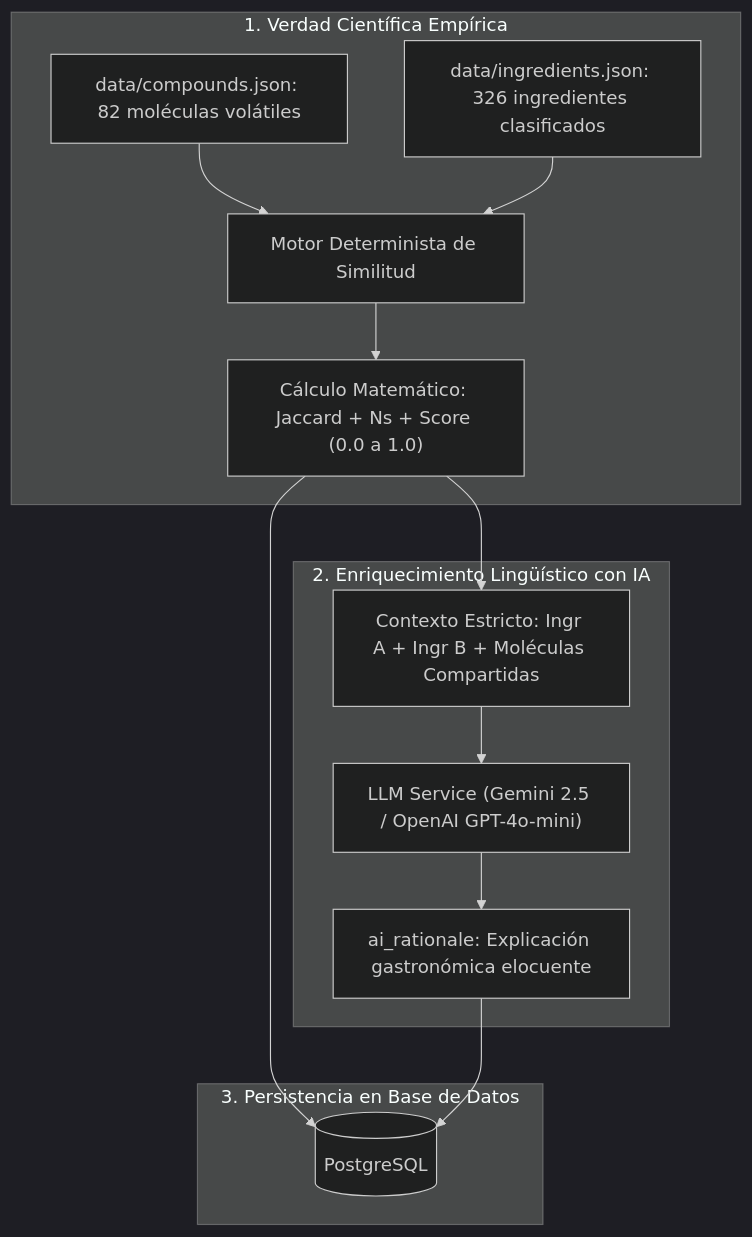
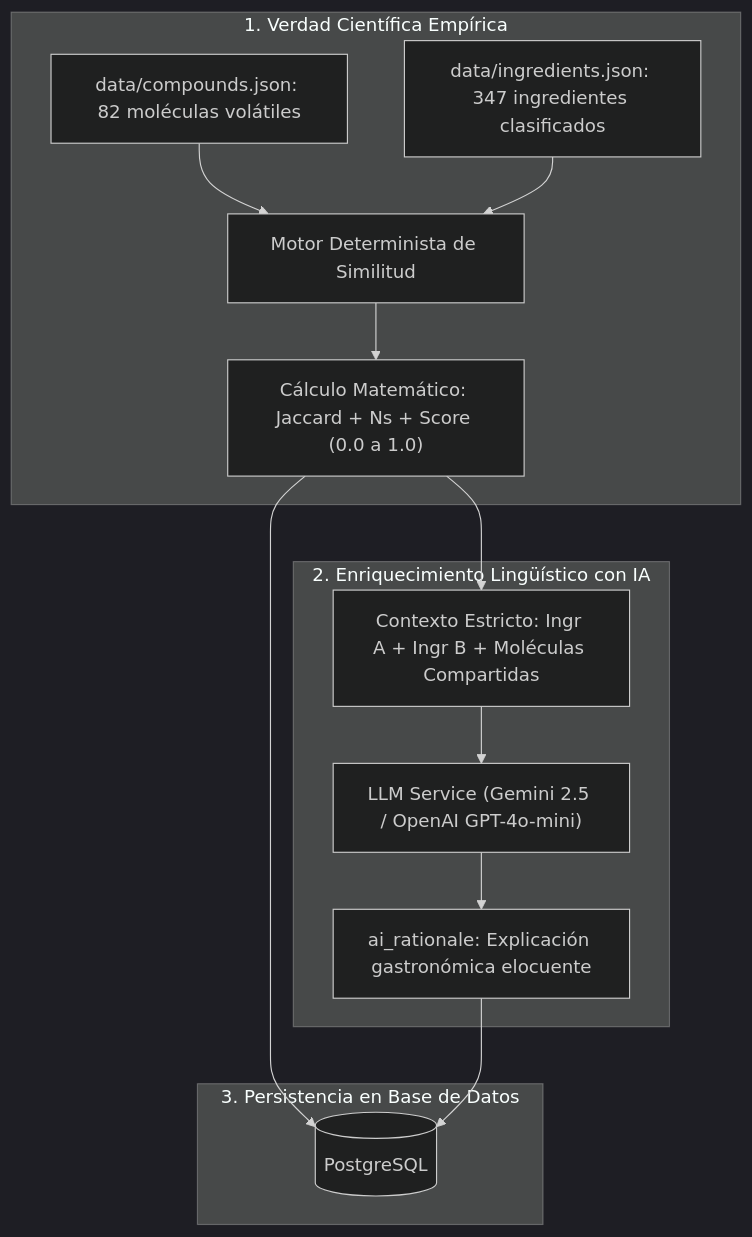
The diagram in docs/JUSTIFICACION_TEORICA_FOOD_PAIRING.md (prueba-error/mapa-de-sabores), drawn with Mermaid (dark theme) before and after one commit. The commit also changed other lines of this file and 2 other files, not shown here.

````diff
--- a/docs/JUSTIFICACION_TEORICA_FOOD_PAIRING.md
+++ b/docs/JUSTIFICACION_TEORICA_FOOD_PAIRING.md
@@ -87,21 +87,21 @@
 ```mermaid
 flowchart TD
     subgraph DataScientia [1. Verdad Científica Empírica]
         D1[data/compounds.json: 82 moléculas volátiles]
-        D2[data/ingredients.json: 326 ingredientes clasificados]
+        D2[data/ingredients.json: 347 ingredientes clasificados]
         D1 --> CALC[Motor Determinista de Similitud]
         D2 --> CALC
         CALC --> RES["Cálculo Matemático: Jaccard + Ns + Score (0.0 a 1.0)"]
     end
 
     subgraph LLMRole [2. Enriquecimiento Lingüístico con IA]
         RES --> PROMPT["Contexto Estricto: Ingr A + Ingr B + Moléculas Compartidas"]
         PROMPT --> LLM["LLM Service (Gemini 2.5 / OpenAI GPT-4o-mini)"]
         LLM --> TEXT["ai_rationale: Explicación gastronómica elocuente"]
     end
 
     subgraph Storage [3. Persistencia en Base de Datos]
         RES --> DB[(PostgreSQL)]
         TEXT --> DB
     end
 ```
````
